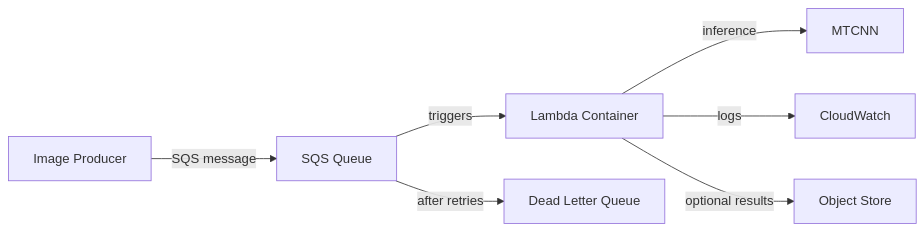
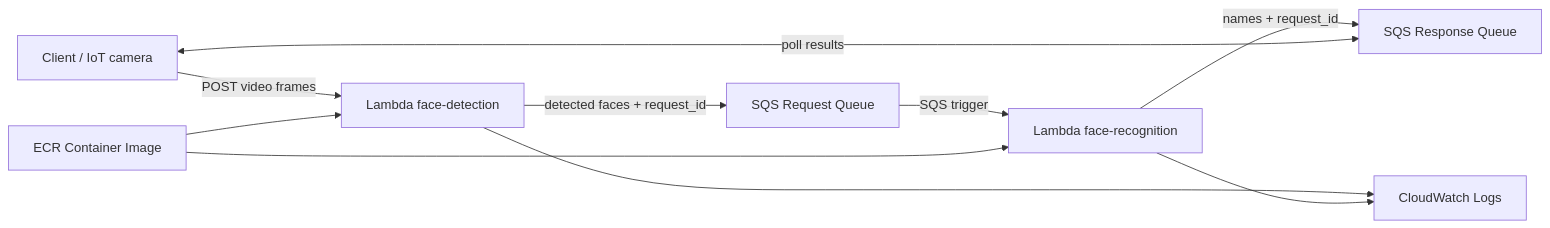
One commit to vnaruvan/serverless-face-detection changed the diagram in README.md. Above: the diagram before and after it, drawn with Mermaid.

````diff
--- a/README.md
+++ b/README.md
@@ -34,9 +34,13 @@
 ```mermaid
 flowchart LR
-  Producer[Image Producer] -->|SQS message| Q[SQS Queue]
-  Q -->|triggers| L[Lambda Container]
-  L -->|inference| M[MTCNN]
-  L -->|logs| CW[CloudWatch]
-  L -->|optional results| Store[Object Store]
-  Q -->|after retries| DLQ[Dead Letter Queue]
+  Client[Client / IoT camera] -->|POST video frames| FD[Lambda face-detection]
+  FD -->|detected faces + request_id| REQ[SQS Request Queue]
+  REQ -->|SQS trigger| FR[Lambda face-recognition]
+  FR -->|names + request_id| RESP[SQS Response Queue]
+  Client <-->|poll results| RESP
+
+  ECR[ECR Container Image] --> FD
+  ECR --> FR
+  FD --> CW[CloudWatch Logs]
+  FR --> CW
 ```
````
